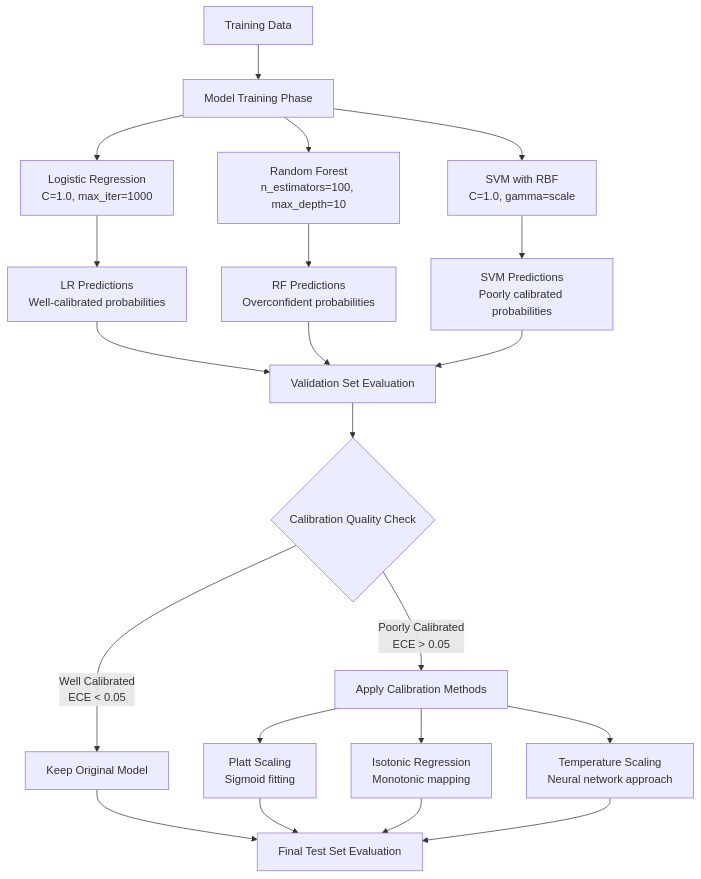
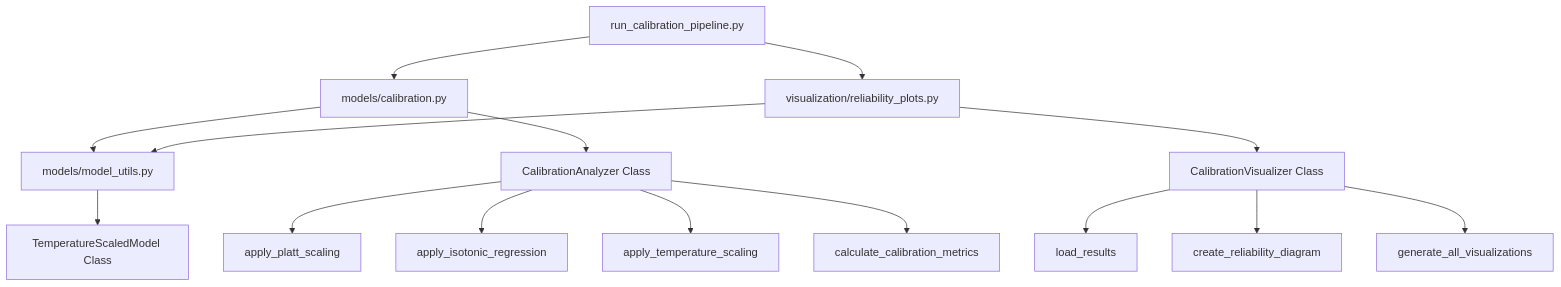
Before and after one commit to Suryam1976/credit_scoring_experiment: the third of 9 diagrams in docs/FLOW_DIAGRAM.md, drawn with Mermaid. The commit also changed other lines of this file and 14 other files, not shown here.

Commit message:
Added temperature scaling and updated docs

````diff
--- a/docs/FLOW_DIAGRAM.md
+++ b/docs/FLOW_DIAGRAM.md
@@ -67,29 +80,20 @@
 ```mermaid
-graph TD
-    A[Training Data] --> B[Model Training Phase]
+graph TB
+    A[models/model_utils.py] --> B[TemperatureScaledModel Class]
     
-    B --> C[Logistic Regression<br/>C=1.0, max_iter=1000]
-    B --> D[Random Forest<br/>n_estimators=100, max_depth=10]
-    B --> E[SVM with RBF<br/>C=1.0, gamma=scale]
+    C[models/calibration.py] --> A
+    C --> D[CalibrationAnalyzer Class]
+    D --> D1[apply_platt_scaling]
+    D --> D2[apply_isotonic_regression]
+    D --> D3[apply_temperature_scaling]
+    D --> D4[calculate_calibration_metrics]
     
-    C --> F[LR Predictions<br/>Well-calibrated probabilities]
-    D --> G[RF Predictions<br/>Overconfident probabilities]
-    E --> H[SVM Predictions<br/>Poorly calibrated probabilities]
+    E[visualization/reliability_plots.py] --> A
+    E --> F[CalibrationVisualizer Class]
+    F --> F1[load_results]
+    F --> F2[create_reliability_diagram]
+    F --> F3[generate_all_visualizations]
     
-    F --> I[Validation Set Evaluation]
-    G --> I
-    H --> I
-    
-    I --> J{Calibration Quality Check}
-    J -->|Well Calibrated<br/>ECE < 0.05| K[Keep Original Model]
-    J -->|Poorly Calibrated<br/>ECE > 0.05| L[Apply Calibration Methods]
-    
-    L --> M[Platt Scaling<br/>Sigmoid fitting]
-    L --> N[Isotonic Regression<br/>Monotonic mapping]
-    L --> O[Temperature Scaling<br/>Neural network approach]
-    
-    K --> P[Final Test Set Evaluation]
-    M --> P
-    N --> P
-    O --> P
+    G[run_calibration_pipeline.py] --> C
+    G --> E
 ```
````
